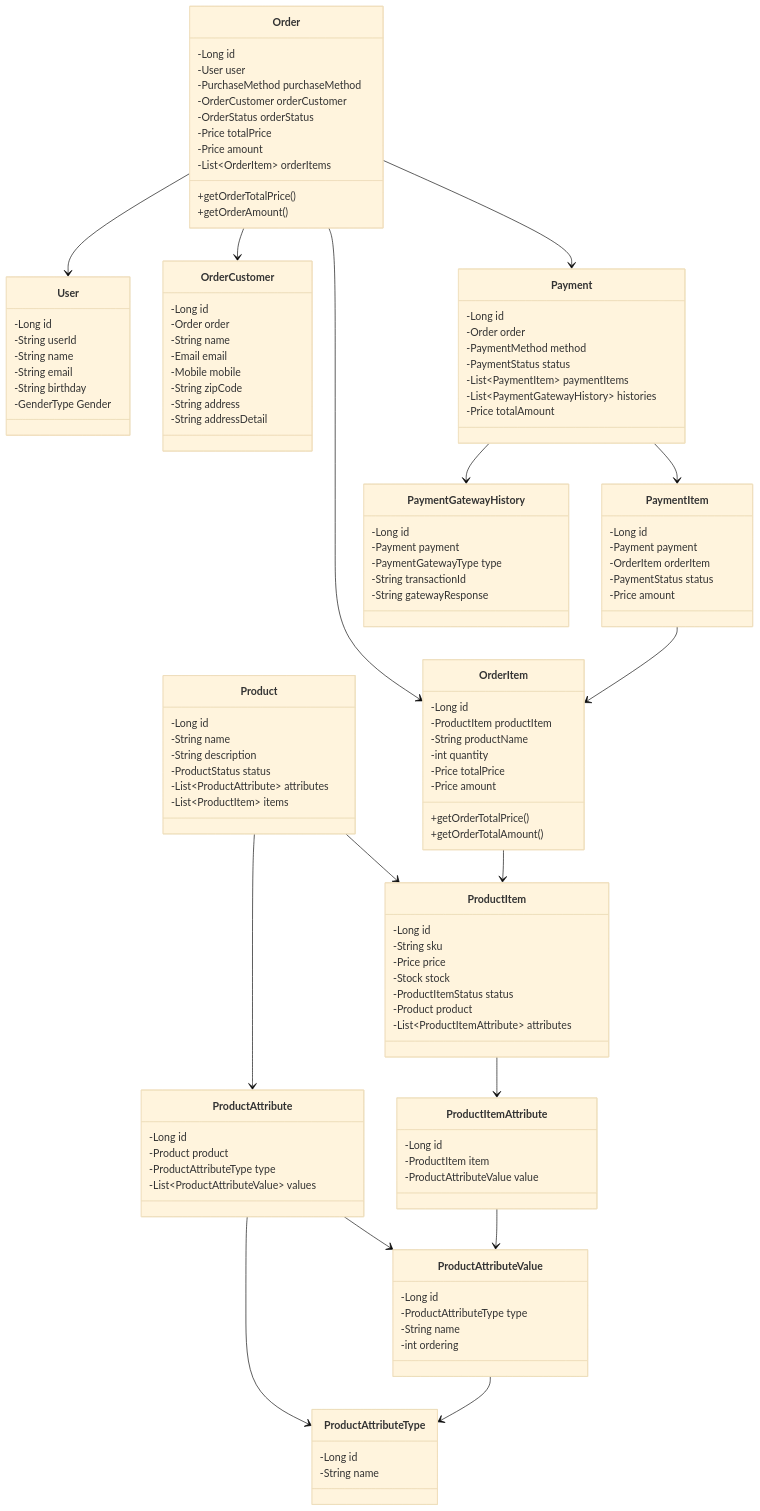
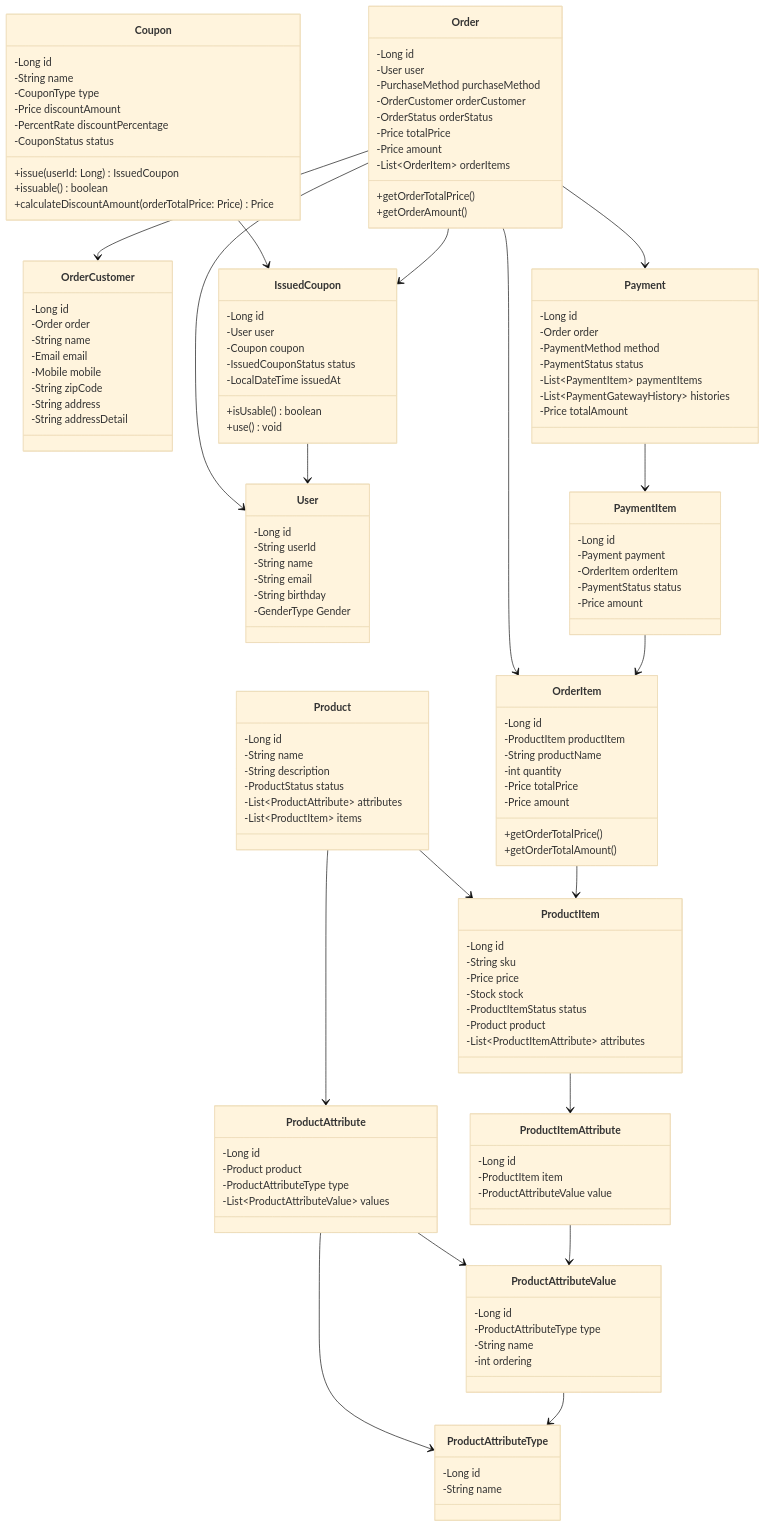
Before and after one commit to kiekk/gamsung-commerce: the fourth of 4 diagrams in docs/design/03-class-diagrams.md, drawn with Mermaid (base theme). The commit also changed other lines of this file, not shown here.

First line of the commit message:
docs: 클래스 다이어그램 쿠폰 내용 추가

````diff
--- a/docs/design/03-class-diagrams.md
+++ b/docs/design/03-class-diagrams.md
@@ -375,13 +418,27 @@
         -PaymentStatus status
         -Price amount
     }
-%% 결제 히스토리
-    class PaymentGatewayHistory {
+%% 쿠폰
+    class Coupon {
         -Long id
-        -Payment payment
-        -PaymentGatewayType type
-        -String transactionId
-        -String gatewayResponse
+        -String name
+        -CouponType type
+        -Price discountAmount
+        -PercentRate discountPercentage
+        -CouponStatus status
+        +issue(userId: Long) IssuedCoupon
+        +issuable() boolean
+        +calculateDiscountAmount(orderTotalPrice: Price) Price
+    }
+%% 사용자 쿠폰
+    class IssuedCoupon {
+        -Long id
+        -User user
+        -Coupon coupon
+        -IssuedCouponStatus status
+        -LocalDateTime issuedAt
+        +isUsable() boolean
+        +use() void
     }
 
     Product --> ProductAttribute
@@ -398,5 +455,7 @@
     Order --> Payment
     Payment --> PaymentItem
     PaymentItem --> OrderItem
-    Payment --> PaymentGatewayHistory
+    Coupon --> IssuedCoupon
+    IssuedCoupon --> User
+    Order --> IssuedCoupon
 ```
````
